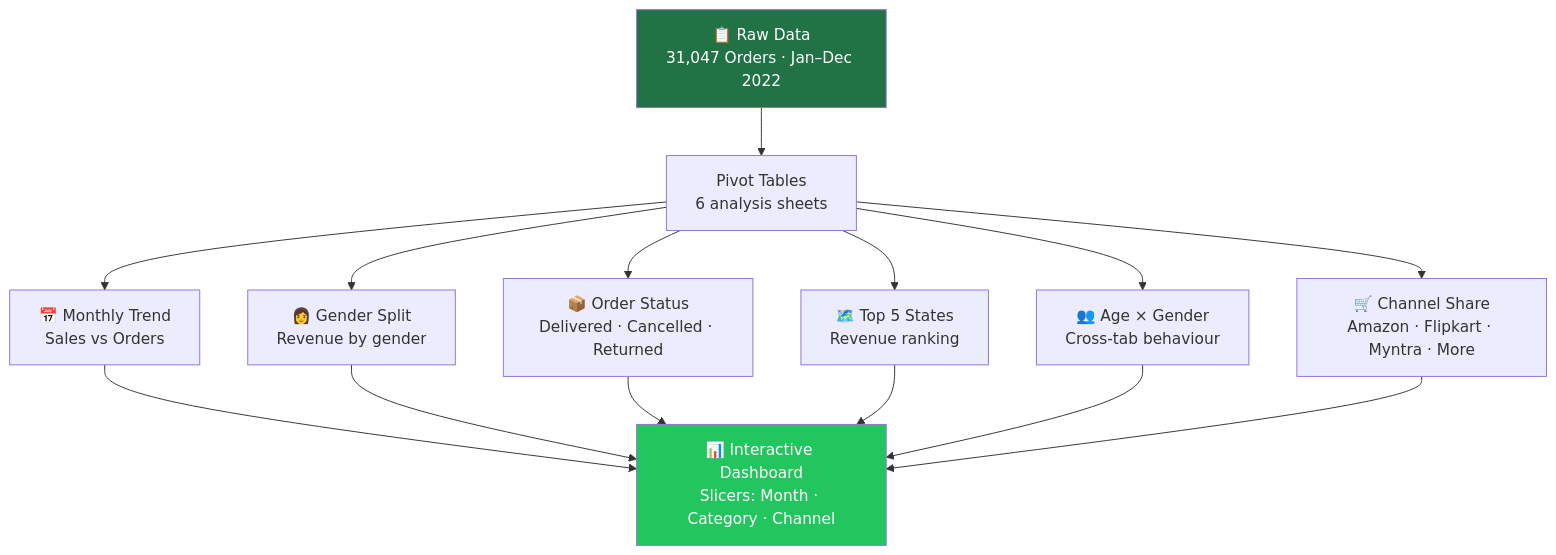
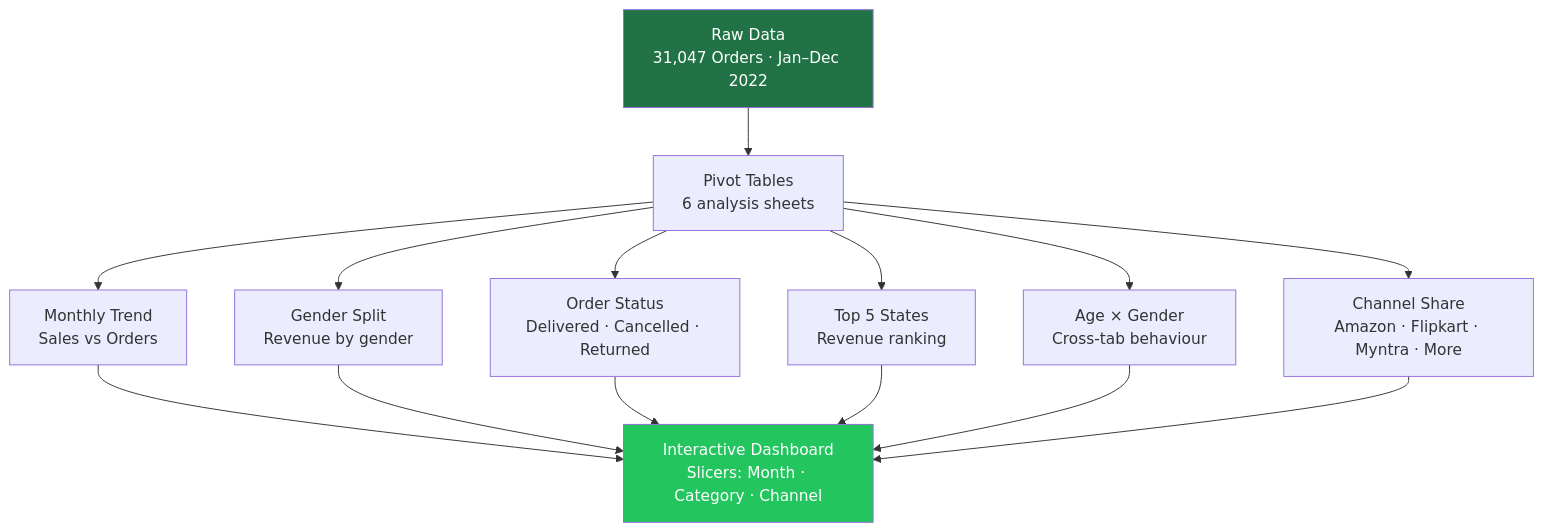
Before and after one commit to a-r-ashik/Data-Analysis: the fourth of 7 diagrams in README.md, drawn with Mermaid. The commit also changed other lines of this file, not shown here.

````diff
--- a/README.md
+++ b/README.md
@@ -194,16 +194,16 @@
 ```mermaid
 flowchart TD
-    RAW[📋 Raw Data\n31,047 Orders · Jan–Dec 2022] --> PVT[Pivot Tables\n6 analysis sheets]
+    RAW[ Raw Data\n31,047 Orders · Jan–Dec 2022] --> PVT[Pivot Tables\n6 analysis sheets]
 
-    PVT --> A[📅 Monthly Trend\nSales vs Orders]
-    PVT --> B[👩 Gender Split\nRevenue by gender]
-    PVT --> C[📦 Order Status\nDelivered · Cancelled · Returned]
-    PVT --> D[🗺️ Top 5 States\nRevenue ranking]
-    PVT --> E[👥 Age × Gender\nCross-tab behaviour]
-    PVT --> F[🛒 Channel Share\nAmazon · Flipkart · Myntra · More]
+    PVT --> A[ Monthly Trend\nSales vs Orders]
+    PVT --> B[ Gender Split\nRevenue by gender]
+    PVT --> C[ Order Status\nDelivered · Cancelled · Returned]
+    PVT --> D[ Top 5 States\nRevenue ranking]
+    PVT --> E[ Age × Gender\nCross-tab behaviour]
+    PVT --> F[ Channel Share\nAmazon · Flipkart · Myntra · More]
 
-    A & B & C & D & E & F --> DASH[📊 Interactive Dashboard\nSlicers: Month · Category · Channel]
+    A & B & C & D & E & F --> DASH[ Interactive Dashboard\nSlicers: Month · Category · Channel]
 
     style RAW fill:#217346,color:#fff
     style DASH fill:#22C55E,color:#fff
 ```
````
